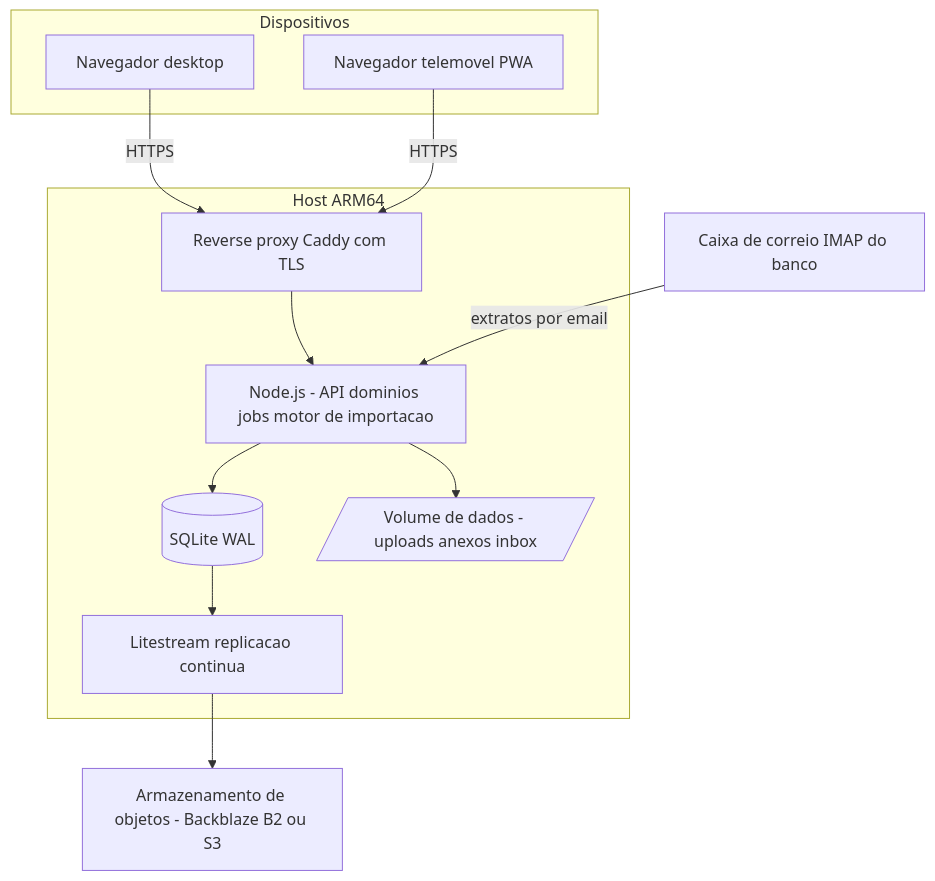
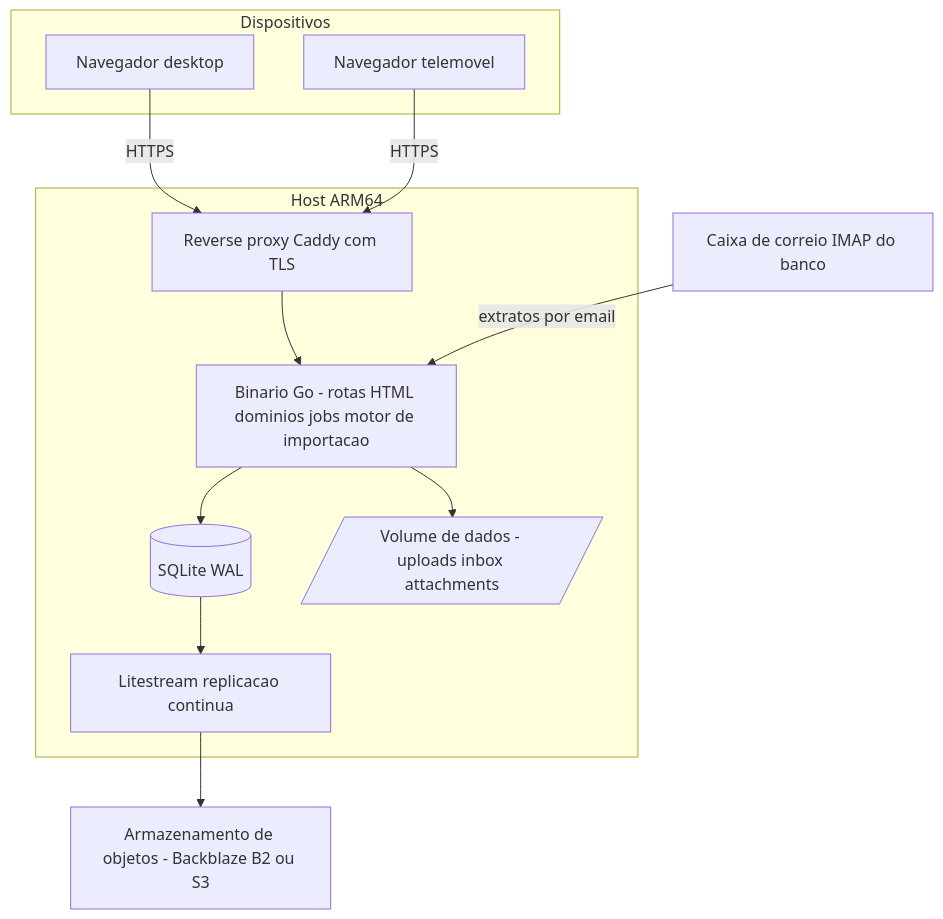
One commit to giovbon/codespaces-blank changed the first of 4 diagrams in docs/01-arquitetura.md. Above: the diagram before and after it, drawn with Mermaid. The commit also changed other lines of this file and 18 other files, not shown here.

````diff
--- a/docs/01-arquitetura.md
+++ b/docs/01-arquitetura.md
@@ -54,24 +55,24 @@
 ```mermaid
 graph TB
   subgraph Dispositivos
     B1[Navegador desktop]
-    B2[Navegador telemovel PWA]
+    B2[Navegador telemovel]
   end
   subgraph Host ARM64
     RP[Reverse proxy Caddy com TLS]
-    APP[Node.js - API dominios jobs motor de importacao]
+    APP[Binario Go - rotas HTML dominios jobs motor de importacao]
     DB[(SQLite WAL)]
-    VOL[/Volume de dados - uploads anexos inbox/]
+    VOL[/Volume de dados - uploads inbox attachments/]
     LS[Litestream replicacao continua]
   end
   MAIL[Caixa de correio IMAP do banco]
   NUVEM[Armazenamento de objetos - Backblaze B2 ou S3]
   B1 -->|HTTPS| RP
   B2 -->|HTTPS| RP
   RP --> APP
   APP --> DB
   APP --> VOL
   DB --> LS
   LS --> NUVEM
   MAIL -->|extratos por email| APP
 ```
````
